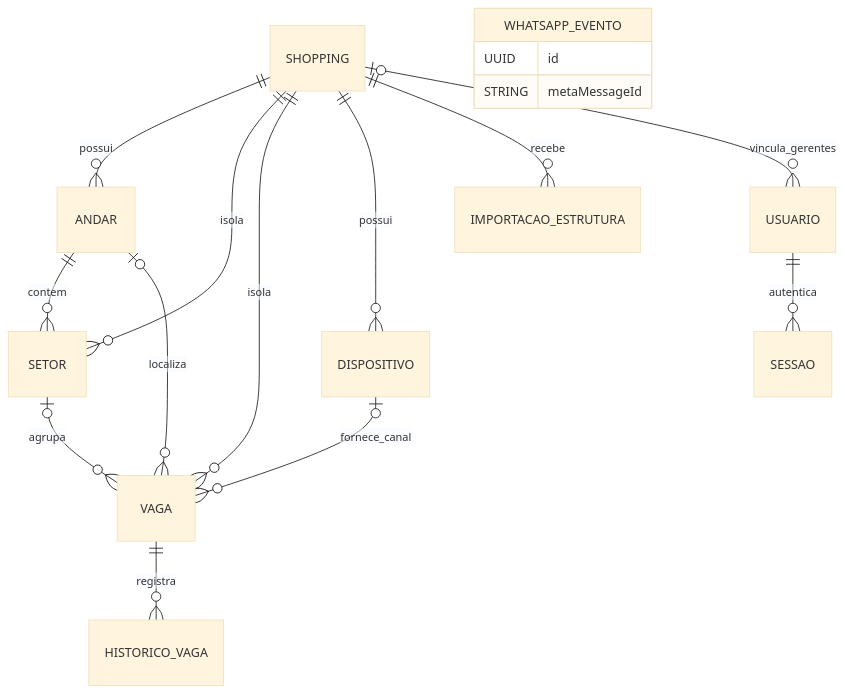
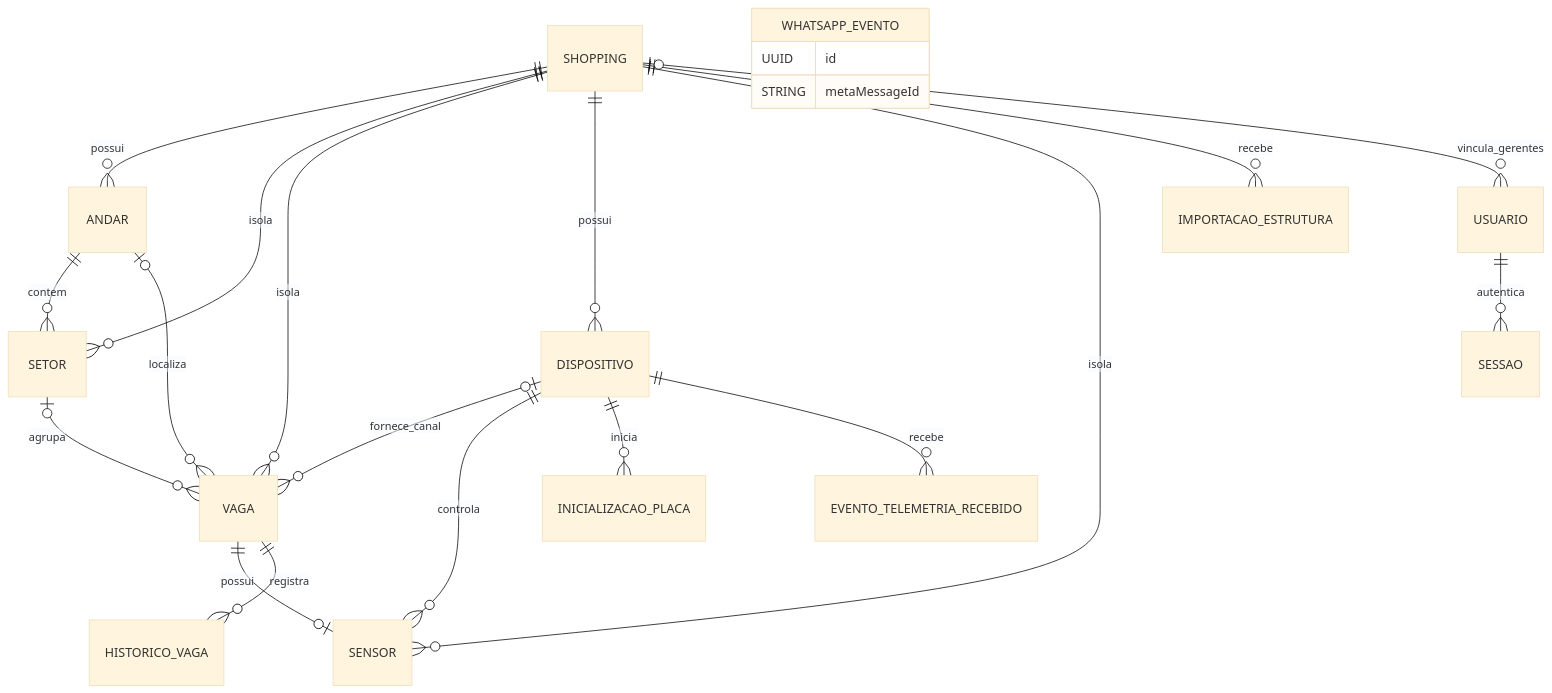
One commit to Pietro-August0/Vaggu changed the diagram in segunda-mente/Vaggu/Documentação/modelo-de-dados.md. Above: the diagram before and after it, drawn with Mermaid (base theme). The commit also changed other lines of this file and 17 other files, not shown here.

````diff
--- a/segunda-mente/Vaggu/Documentação/modelo-de-dados.md
+++ b/segunda-mente/Vaggu/Documentação/modelo-de-dados.md
@@ -14,20 +14,25 @@
 ```mermaid
 erDiagram
     SHOPPING ||--o{ ANDAR : possui
     SHOPPING ||--o{ SETOR : isola
     SHOPPING ||--o{ VAGA : isola
     SHOPPING ||--o{ DISPOSITIVO : possui
+    SHOPPING ||--o{ SENSOR : isola
     SHOPPING ||--o{ IMPORTACAO_ESTRUTURA : recebe
     SHOPPING o|--o{ USUARIO : vincula_gerentes
     ANDAR ||--o{ SETOR : contem
     ANDAR o|--o{ VAGA : localiza
     SETOR o|--o{ VAGA : agrupa
     DISPOSITIVO o|--o{ VAGA : fornece_canal
+    DISPOSITIVO ||--o{ SENSOR : controla
+    VAGA ||--o| SENSOR : possui
+    DISPOSITIVO ||--o{ INICIALIZACAO_PLACA : inicia
+    DISPOSITIVO ||--o{ EVENTO_TELEMETRIA_RECEBIDO : recebe
     VAGA ||--o{ HISTORICO_VAGA : registra
     USUARIO ||--o{ SESSAO : autentica
 
     WHATSAPP_EVENTO {
       UUID id
       STRING metaMessageId
     }
 ```
````
